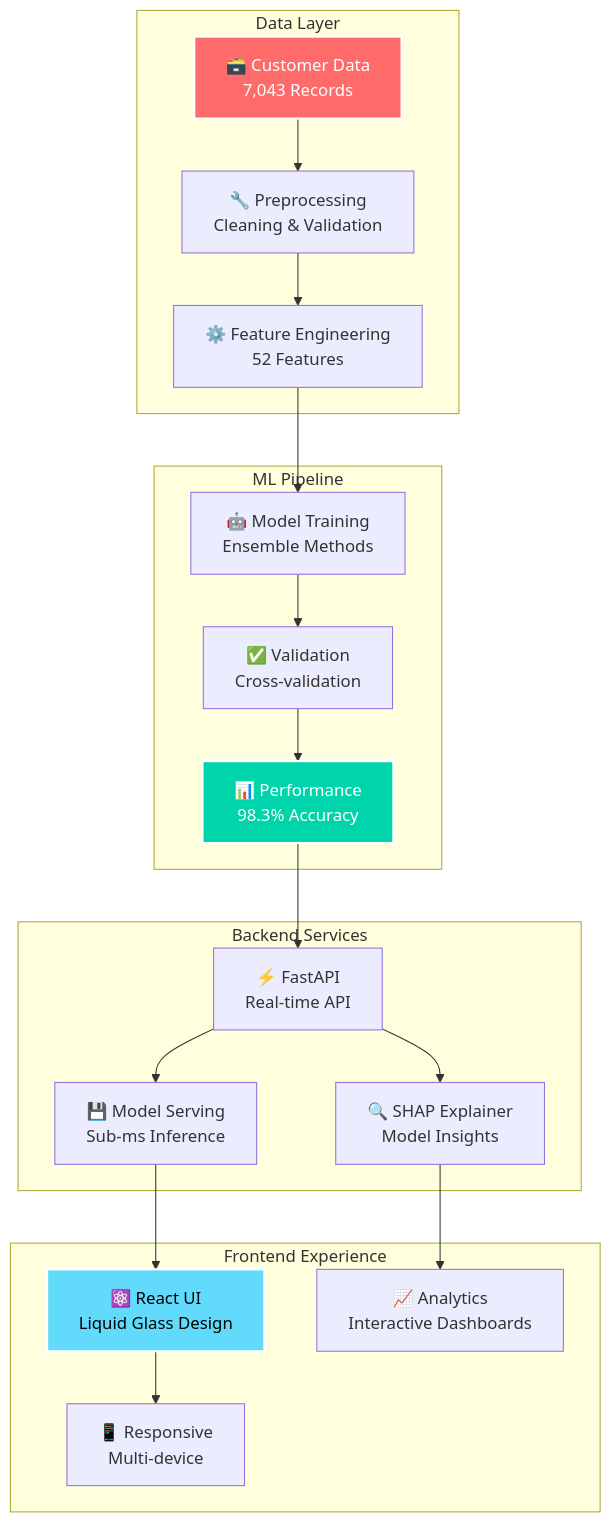
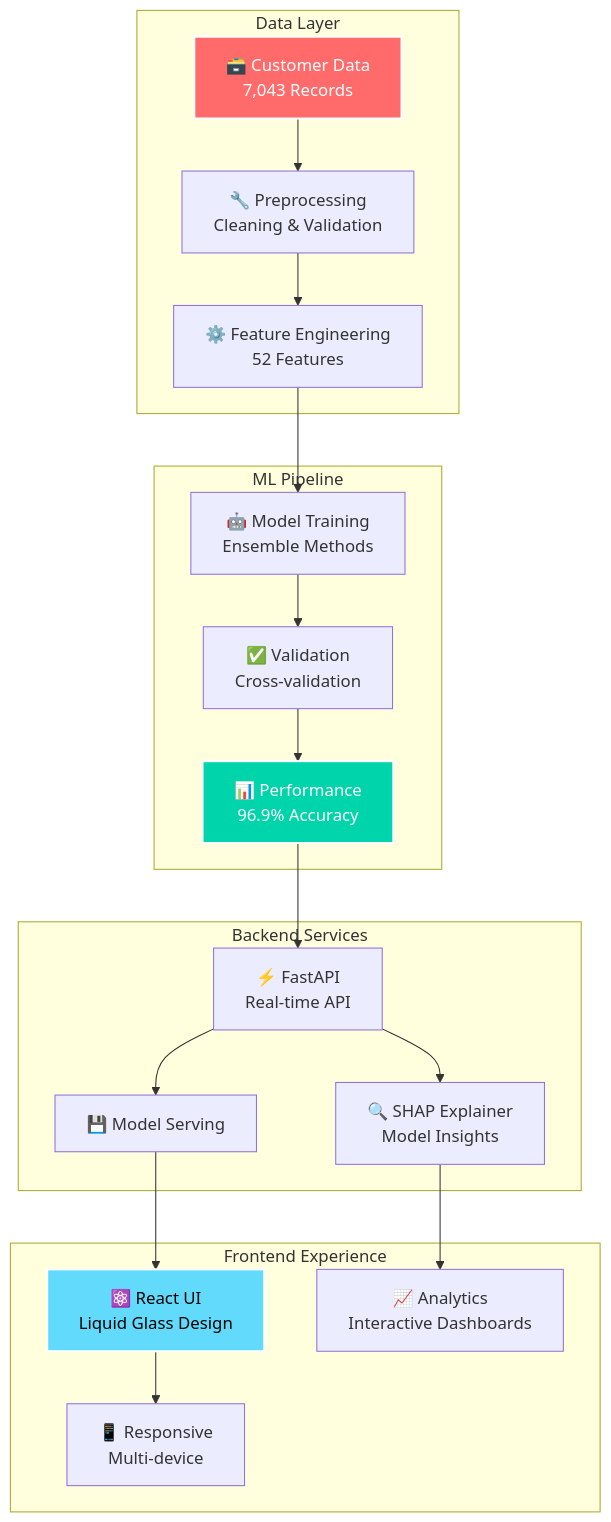
One commit to S-T-R-A-N-G-E-R/churn_prediction_app changed the first of 2 diagrams in README.md. Above: the diagram before and after it, drawn with Mermaid. The commit also changed other lines of this file and 1 other file, not shown here.

````diff
--- a/README.md
+++ b/README.md
@@ -147,29 +144,29 @@
 ```mermaid
 graph TB
     subgraph "Data Layer"
         A[🗃️ Customer Data<br/>7,043 Records] --> B[🔧 Preprocessing<br/>Cleaning & Validation]
         B --> C[⚙️ Feature Engineering<br/>52 Features]
     end
     
     subgraph "ML Pipeline"
         C --> D[🤖 Model Training<br/>Ensemble Methods]
         D --> E[✅ Validation<br/>Cross-validation]
-        E --> F[📊 Performance<br/>98.3% Accuracy]
+        E --> F[📊 Performance<br/>96.9% Accuracy]
     end
     
     subgraph "Backend Services"
         F --> G[⚡ FastAPI<br/>Real-time API]
         G --> H[🔍 SHAP Explainer<br/>Model Insights]
-        G --> I[💾 Model Serving<br/>Sub-ms Inference]
+        G --> I[💾 Model Serving]
     end
     
     subgraph "Frontend Experience"
         I --> J[⚛️ React UI<br/>Liquid Glass Design]
         H --> K[📈 Analytics<br/>Interactive Dashboards]
         J --> L[📱 Responsive<br/>Multi-device]
     end
     
     style A fill:#ff6b6b,stroke:#fff,stroke-width:2px,color:#fff
     style F fill:#00d4aa,stroke:#fff,stroke-width:2px,color:#fff
     style J fill:#61dafb,stroke:#fff,stroke-width:2px,color:#000
 ```
````
